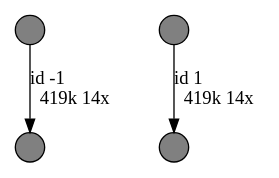
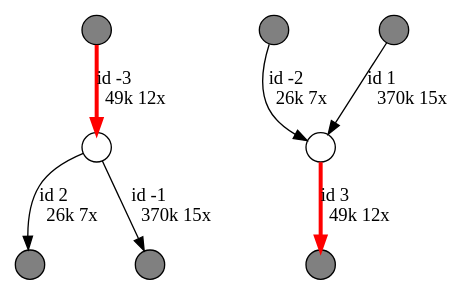
Before and after one commit to bgruening/galaxytools: the diagram in tools/flye/test-data/result1_assembly_graph.dot, drawn with Graphviz. The commit also changed 5 other files, not shown here.

```diff
--- a/tools/flye/test-data/result1_assembly_graph.dot
+++ b/tools/flye/test-data/result1_assembly_graph.dot
@@ -1,10 +1,16 @@
 digraph {
 nodesep = 0.5;
 node [shape = circle, label = "", height = 0.3];
 "0" [style = "filled", fillcolor = "grey"];
 "1" [style = "filled", fillcolor = "grey"];
 "2" [style = "filled", fillcolor = "grey"];
 "3" [style = "filled", fillcolor = "grey"];
-"3" -> "2" [label = "id 1\l419k 14x", color = "black"] ;
-"1" -> "0" [label = "id -1\l419k 14x", color = "black"] ;
+"4" [style = "filled", fillcolor = "grey"];
+"5" [style = "filled", fillcolor = "grey"];
+"5" -> "6" [label = "id 1\l370k 15x", color = "black"] ;
+"7" -> "3" [label = "id -1\l370k 15x", color = "black"] ;
+"7" -> "2" [label = "id 2\l26k 7x", color = "black"] ;
+"1" -> "6" [label = "id -2\l26k 7x", color = "black"] ;
+"6" -> "4" [label = "id 3\l49k 12x", color = "red" , penwidth = 3] ;
+"0" -> "7" [label = "id -3\l49k 12x", color = "red" , penwidth = 3] ;
 }
```
